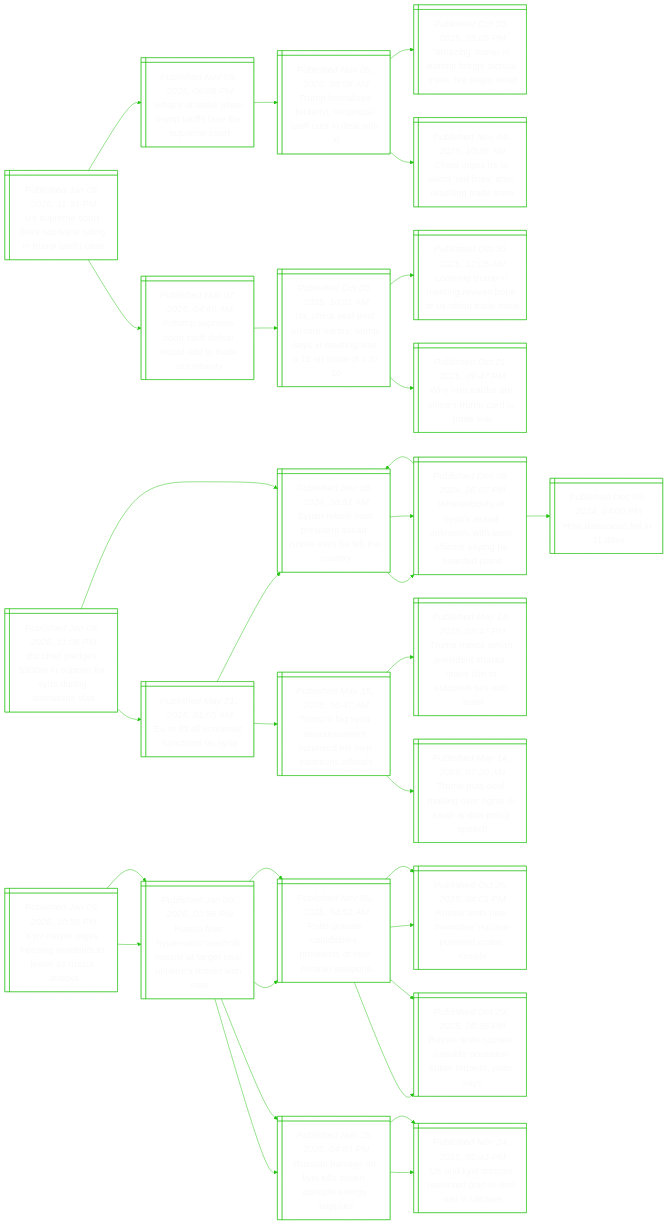
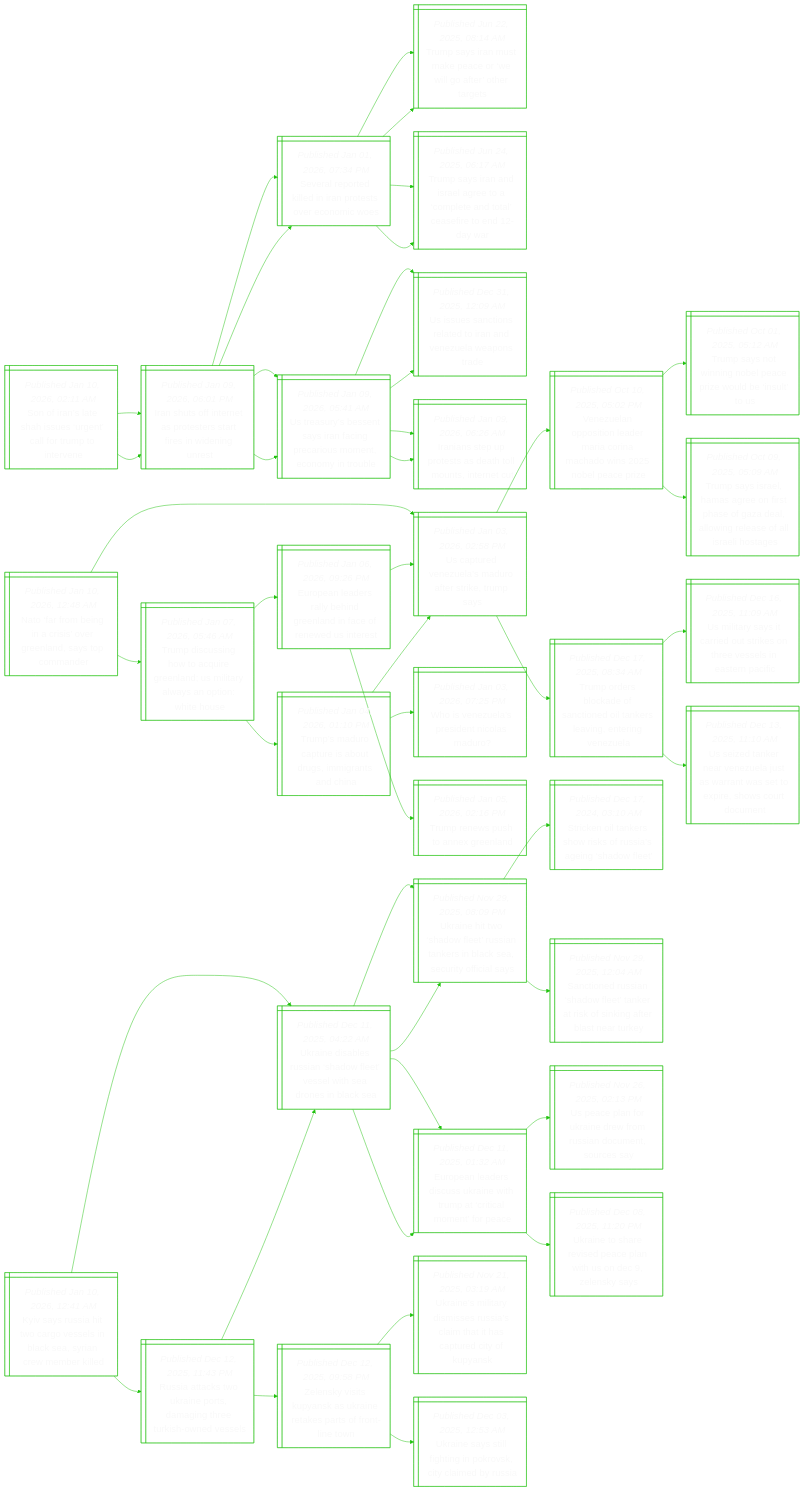
One commit to notJmes/notJmes changed the diagram in README.md. Above: the diagram before and after it, drawn with Mermaid. The commit also changed other lines of this file, not shown here.

````diff
--- a/README.md
+++ b/README.md
@@ -16,106 +16,142 @@
 flowchart LR
 classDef txtsize font-size:20px;
 
-Urootenras@{ shape: win-pane, label: "_Published Jan 09, 2026, 11:31 PM_
-Us supreme court does not issue ruling in trump tariffs case" }
-WaknpfcSmr@{ shape: win-pane, label: "_Published Nov 05, 2025, 06:08 PM_
-What’s at stake when trump tariffs face the supreme court" }
-Tflfnccrudi@{ shape: win-pane, label: "_Published Nov 05, 2025, 08:08 AM_
-Trump formalises fentanyl, reciprocal tariff cuts in deal with xi" }
-Anmubsirooe@{ shape: win-pane, label: "_Published Oct 30, 2025, 05:05 PM_
-‘amazing’ trump-xi summit brings tactical truce, not major reset" }
-CuUveeectt@{ shape: win-pane, label: "_Published Nov 04, 2025, 10:36 AM_
-China urges us to avoid ‘red lines’ after reaching trade truce" }
-Apeurewatuty@{ shape: win-pane, label: "_Published Nov 07, 2025, 04:40 AM_
-A trump supreme court tariff defeat would add to trade uncertainty" }
-Unloehmsewne@{ shape: win-pane, label: "_Published Oct 30, 2025, 10:01 AM_
-Us, china seal deal on rare earths; trump says xi meeting was a 12 on scale of 1 to 10" }
-LnmegvpSaee@{ shape: win-pane, label: "_Published Oct 30, 2025, 12:05 AM_
-Looming trump-xi meeting revives hope of us-china trade truce" }
-Wrteamdar@{ shape: win-pane, label: "_Published Oct 21, 2025, 09:47 PM_
-Why rare earths are china’s trump card in trade war" }
+SIlhsrcomne@{ shape: win-pane, label: "_Published Jan 10, 2026, 02:11 AM_
+Son of iran’s late shah issues ‘urgent’ call for trump to intervene" }
+Ihfeatrreine@{ shape: win-pane, label: "_Published Jan 09, 2026, 06:01 PM_
+Iran shuts off internet as protesters start fires in widening unrest" }
+Saokdatocis@{ shape: win-pane, label: "_Published Jan 01, 2026, 07:34 PM_
+Several reported killed in iran protests over economic woes" }
+Tsrseeworre@{ shape: win-pane, label: "_Published Jun 22, 2025, 08:14 AM_
+Trump says iran must make peace or ‘we will go after’ other targets" }
+Tsrdeecedletdr@{ shape: win-pane, label: "_Published Jun 24, 2025, 06:17 AM_
+Trump says iran and israel agree to a ‘complete and total’ ceasefire to end 12-day war" }
+Uaseynncueoiu@{ shape: win-pane, label: "_Published Jan 09, 2026, 05:41 AM_
+Us treasury’s bessent says iran facing precarious moment, economy in trouble" }
+Uunnaoanlpr@{ shape: win-pane, label: "_Published Dec 31, 2025, 12:09 AM_
+Us issues sanctions related to iran and venezuela weapons trade" }
+Iaerteoune@{ shape: win-pane, label: "_Published Jan 09, 2026, 06:26 AM_
+Iranians step up protests as death toll mounts, internet cut" }
+Ihfeatrreine@{ shape: win-pane, label: "_Published Jan 09, 2026, 06:01 PM_
+Iran shuts off internet as protesters start fires in widening unrest" }
+Saokdatocis@{ shape: win-pane, label: "_Published Jan 01, 2026, 07:34 PM_
+Several reported killed in iran protests over economic woes" }
+Tsrseeworre@{ shape: win-pane, label: "_Published Jun 22, 2025, 08:14 AM_
+Trump says iran must make peace or ‘we will go after’ other targets" }
+Tsrdeecedletdr@{ shape: win-pane, label: "_Published Jun 24, 2025, 06:17 AM_
+Trump says iran and israel agree to a ‘complete and total’ ceasefire to end 12-day war" }
+Uaseynncueoiu@{ shape: win-pane, label: "_Published Jan 09, 2026, 05:41 AM_
+Us treasury’s bessent says iran facing precarious moment, economy in trouble" }
+Uunnaoanlpr@{ shape: win-pane, label: "_Published Dec 31, 2025, 12:09 AM_
+Us issues sanctions related to iran and venezuela weapons trade" }
+Iaerteoune@{ shape: win-pane, label: "_Published Jan 09, 2026, 06:26 AM_
+Iranians step up protests as death toll mounts, internet cut" }
 
-Urootenras:::txtsize --> WaknpfcSmr:::txtsize
-WaknpfcSmr:::txtsize --> Tflfnccrudi:::txtsize
-Tflfnccrudi:::txtsize --> Anmubsirooe:::txtsize
-Tflfnccrudi:::txtsize --> CuUveeectt:::txtsize
-Urootenras:::txtsize --> Apeurewatuty:::txtsize
-Apeurewatuty:::txtsize --> Unloehmsewne:::txtsize
-Unloehmsewne:::txtsize --> LnmegvpSaee:::txtsize
-Unloehmsewne:::txtsize --> Wrteamdar:::txtsize
+SIlhsrcomne:::txtsize --> Ihfeatrreine:::txtsize
+Ihfeatrreine:::txtsize --> Saokdatocis:::txtsize
+Saokdatocis:::txtsize --> Tsrseeworre:::txtsize
+Saokdatocis:::txtsize --> Tsrdeecedletdr:::txtsize
+Ihfeatrreine:::txtsize --> Uaseynncueoiu:::txtsize
+Uaseynncueoiu:::txtsize --> Uunnaoanlpr:::txtsize
+Uaseynncueoiu:::txtsize --> Iaerteoune:::txtsize
+SIlhsrcomne:::txtsize --> Ihfeatrreine:::txtsize
+Ihfeatrreine:::txtsize --> Saokdatocis:::txtsize
+Saokdatocis:::txtsize --> Tsrseeworre:::txtsize
+Saokdatocis:::txtsize --> Tsrdeecedletdr:::txtsize
+Ihfeatrreine:::txtsize --> Uaseynncueoiu:::txtsize
+Uaseynncueoiu:::txtsize --> Uunnaoanlpr:::txtsize
+Uaseynncueoiu:::txtsize --> Iaerteoune:::txtsize
 
-Eedipoiimst@{ shape: win-pane, label: "_Published Jan 09, 2026, 11:06 PM_
-Eu chief pledges $930m in support for syria during damascus visit" }
-EiloaoS@{ shape: win-pane, label: "_Published May 21, 2025, 01:05 AM_
-Eu to lift all economic sanctions on syria" }
-SnltiARahtoy@{ shape: win-pane, label: "_Published Dec 08, 2024, 08:51 AM_
-Syrian rebels oust president assad; russia says he left the country" }
-Wasrsnnafriben@{ shape: win-pane, label: "_Published Dec 08, 2024, 06:07 PM_
-Whereabouts of syria's assad unknown, with army officers saying he boarded plane" }
-Tsynctrhntoi@{ shape: win-pane, label: "_Published May 15, 2025, 05:47 AM_
-Trump’s big syria announcement surprised his own sanctions officials" }
-TmSniSasobtir@{ shape: win-pane, label: "_Published May 14, 2025, 03:47 PM_
-Trump meets syrian president sharaa, urges him to establish ties with israel" }
-Tpekvgniiie@{ shape: win-pane, label: "_Published May 14, 2025, 07:20 AM_
-Trump puts deal-making over rights in saudi arabia policy speech" }
-SnltiARahtoy@{ shape: win-pane, label: "_Published Dec 08, 2024, 08:51 AM_
-Syrian rebels oust president assad; russia says he left the country" }
-Wasrsnnafriben@{ shape: win-pane, label: "_Published Dec 08, 2024, 06:07 PM_
-Whereabouts of syria's assad unknown, with army officers saying he boarded plane" }
-SnltiARahtoy@{ shape: win-pane, label: "_Published Dec 08, 2024, 08:51 AM_
-Syrian rebels oust president assad; russia says he left the country" }
-Hmsis@{ shape: win-pane, label: "_Published Dec 08, 2024, 04:00 PM_
-How damascus fell in 11 days" }
+Namgroraycn@{ shape: win-pane, label: "_Published Jan 10, 2026, 12:48 AM_
+Nato ‘far from being in a crisis’ over greenland, says top commander" }
+TdsharedlyypWH@{ shape: win-pane, label: "_Published Jan 07, 2026, 05:46 AM_
+Trump discussing how to acquire greenland; us military always an option: white house" }
+Tsrtstsgsh@{ shape: win-pane, label: "_Published Jan 04, 2026, 01:10 PM_
+Trump’s maduro capture is about drugs, immigrants and china" }
+UtVuMorkms@{ shape: win-pane, label: "_Published Jan 03, 2026, 02:58 PM_
+Us captured venezuela’s maduro after strike, trump says" }
+WVuPdisr@{ shape: win-pane, label: "_Published Jan 03, 2026, 07:25 PM_
+Who is venezuela’s president nicolas maduro?" }
+EearbdnienUe@{ shape: win-pane, label: "_Published Jan 06, 2026, 09:26 PM_
+European leaders rally behind greenland in face of renewed us interest" }
+Trsteed@{ shape: win-pane, label: "_Published Jan 05, 2026, 02:16 PM_
+Trump renews push to annex greenland" }
+UtVuMorkms@{ shape: win-pane, label: "_Published Jan 03, 2026, 02:58 PM_
+Us captured venezuela’s maduro after strike, trump says" }
+UtVuMorkms@{ shape: win-pane, label: "_Published Jan 03, 2026, 02:58 PM_
+Us captured venezuela’s maduro after strike, trump says" }
+Vuoilranhibai@{ shape: win-pane, label: "_Published Oct 10, 2025, 05:02 PM_
+Venezuelan opposition leader maria corina machado wins 2025 nobel peace prize" }
+TsonoeroelS@{ shape: win-pane, label: "_Published Oct 01, 2025, 05:12 AM_
+Trump says not winning nobel peace prize would be ‘insult’ to us" }
+TssHaossaaorslaoe@{ shape: win-pane, label: "_Published Oct 09, 2025, 05:09 AM_
+Trump says israel, hamas agree on first phase of gaza deal, allowing release of all israeli hostages" }
+Toskftdasitgz@{ shape: win-pane, label: "_Published Dec 17, 2025, 08:34 AM_
+Trump orders blockade of sanctioned oil tankers leaving, entering venezuela" }
+Uistitktvlanf@{ shape: win-pane, label: "_Published Dec 16, 2025, 11:09 AM_
+Us military says it carried out strikes on three vessels in eastern pacific" }
+Uznenltrwtphoon@{ shape: win-pane, label: "_Published Dec 13, 2025, 11:10 AM_
+Us seized tanker near venezuela just as warrant was set to expire, shows court document" }
 
-Eedipoiimst:::txtsize --> EiloaoS:::txtsize
-EiloaoS:::txtsize --> SnltiARahtoy:::txtsize
-SnltiARahtoy:::txtsize --> Wasrsnnafriben:::txtsize
-EiloaoS:::txtsize --> Tsynctrhntoi:::txtsize
-Tsynctrhntoi:::txtsize --> TmSniSasobtir:::txtsize
-Tsynctrhntoi:::txtsize --> Tpekvgniiie:::txtsize
-Eedipoiimst:::txtsize --> SnltiARahtoy:::txtsize
-SnltiARahtoy:::txtsize --> Wasrsnnafriben:::txtsize
-Wasrsnnafriben:::txtsize --> SnltiARahtoy:::txtsize
-Wasrsnnafriben:::txtsize --> Hmsis:::txtsize
+Namgroraycn:::txtsize --> TdsharedlyypWH:::txtsize
+TdsharedlyypWH:::txtsize --> Tsrtstsgsh:::txtsize
+Tsrtstsgsh:::txtsize --> UtVuMorkms:::txtsize
+Tsrtstsgsh:::txtsize --> WVuPdisr:::txtsize
+TdsharedlyypWH:::txtsize --> EearbdnienUe:::txtsize
+EearbdnienUe:::txtsize --> Trsteed:::txtsize
+EearbdnienUe:::txtsize --> UtVuMorkms:::txtsize
+Namgroraycn:::txtsize --> UtVuMorkms:::txtsize
+UtVuMorkms:::txtsize --> Vuoilranhibai:::txtsize
+Vuoilranhibai:::txtsize --> TsonoeroelS:::txtsize
+Vuoilranhibai:::txtsize --> TssHaossaaorslaoe:::txtsize
+UtVuMorkms:::txtsize --> Toskftdasitgz:::txtsize
+Toskftdasitgz:::txtsize --> Uistitktvlanf:::txtsize
+Toskftdasitgz:::txtsize --> Uznenltrwtphoon:::txtsize
 
-KarrnisaRac@{ shape: win-pane, label: "_Published Jan 09, 2026, 10:59 PM_
-Kyiv mayor urges freezing residents to leave as russia attacks" }
-Rasrchiererseh@{ shape: win-pane, label: "_Published Jan 09, 2026, 03:56 PM_
-Russia fires hypersonic oreshnik missile at target near ukraine’s border with nato" }
-Ppeatrcnswn@{ shape: win-pane, label: "_Published Nov 05, 2025, 04:52 AM_
-Putin praises capabilities, prospects of new russian weapons" }
-Rasniurruie@{ shape: win-pane, label: "_Published Oct 26, 2025, 04:01 PM_
-Russia tests new ‘invincible’ nuclear-powered cruise missile" }
-RasepPdprPs@{ shape: win-pane, label: "_Published Oct 29, 2025, 08:36 PM_
-Russia tests nuclear-capable poseidon super torpedo, putin says" }
-Rarnksdpeue@{ shape: win-pane, label: "_Published Nov 25, 2025, 04:43 PM_
-Russian barrage on kyiv kills seven, disrupts energy supplies" }
-UKisrlerr@{ shape: win-pane, label: "_Published Nov 24, 2025, 05:43 PM_
-Us and kyiv discuss reworked plan to end war in ukraine" }
-Rasrchiererseh@{ shape: win-pane, label: "_Published Jan 09, 2026, 03:56 PM_
-Russia fires hypersonic oreshnik missile at target near ukraine’s border with nato" }
-Ppeatrcnswn@{ shape: win-pane, label: "_Published Nov 05, 2025, 04:52 AM_
-Putin praises capabilities, prospects of new russian weapons" }
-Rasniurruie@{ shape: win-pane, label: "_Published Oct 26, 2025, 04:01 PM_
-Russia tests new ‘invincible’ nuclear-powered cruise missile" }
-RasepPdprPs@{ shape: win-pane, label: "_Published Oct 29, 2025, 08:36 PM_
-Russia tests nuclear-capable poseidon super torpedo, putin says" }
-Rarnksdpeue@{ shape: win-pane, label: "_Published Nov 25, 2025, 04:43 PM_
-Russian barrage on kyiv kills seven, disrupts energy supplies" }
-UKisrlerr@{ shape: win-pane, label: "_Published Nov 24, 2025, 05:43 PM_
-Us and kyiv discuss reworked plan to end war in ukraine" }
+Kasicvlleiebl@{ shape: win-pane, label: "_Published Jan 10, 2026, 12:41 AM_
+Kyiv says russia hit two cargo vessels in black sea, syrian crew member killed" }
+Racoirmgeins@{ shape: win-pane, label: "_Published Dec 12, 2025, 11:43 PM_
+Russia attacks two ukraine ports, damaging three turkish-owned vessels" }
+UnaRadesiaele@{ shape: win-pane, label: "_Published Dec 11, 2025, 04:22 AM_
+Ukraine disables russian ‘shadow fleet’ vessel with sea drones in black sea" }
+UntaluneBScyca@{ shape: win-pane, label: "_Published Nov 29, 2025, 08:09 PM_
+Ukraine hit two ‘shadow fleet’ russian tankers in black sea, security official says" }
+Eeadsaiuccmoc@{ shape: win-pane, label: "_Published Dec 11, 2025, 01:32 AM_
+European leaders discuss ukraine with trump at ‘critical moment’ for peace" }
+Zssuskekrflo@{ shape: win-pane, label: "_Published Dec 12, 2025, 09:58 PM_
+Zelensky visits kupyansk as ukraine retakes parts of front-line town" }
+UnlyiRaitsuiKn@{ shape: win-pane, label: "_Published Nov 21, 2025, 03:19 AM_
+Ukraine’s military dismisses russia’s claim that it has captured city of kupyansk" }
+Unsltnoiabs@{ shape: win-pane, label: "_Published Dec 03, 2025, 12:53 AM_
+Ukraine says still fighting in pokrovsk, city claimed by russia" }
+UnaRadesiaele@{ shape: win-pane, label: "_Published Dec 11, 2025, 04:22 AM_
+Ukraine disables russian ‘shadow fleet’ vessel with sea drones in black sea" }
+UntaluneBScyca@{ shape: win-pane, label: "_Published Nov 29, 2025, 08:09 PM_
+Ukraine hit two ‘shadow fleet’ russian tankers in black sea, security official says" }
+Skleokusnde@{ shape: win-pane, label: "_Published Dec 17, 2024, 03:10 AM_
+Stricken oil tankers show risks of russia’s ageing ‘shadow fleet’" }
+SiRadentokfler@{ shape: win-pane, label: "_Published Nov 29, 2025, 12:04 AM_
+Sanctioned russian ‘shadow fleet’ tanker at risk of sinking after blast near turkey" }
+Eeadsaiuccmoc@{ shape: win-pane, label: "_Published Dec 11, 2025, 01:32 AM_
+European leaders discuss ukraine with trump at ‘critical moment’ for peace" }
+Ucnkefunmos@{ shape: win-pane, label: "_Published Nov 26, 2025, 02:13 PM_
+Us peace plan for ukraine drew from russian document, sources say" }
+UnhedewScna@{ shape: win-pane, label: "_Published Dec 08, 2025, 11:20 PM_
+Ukraine to share revised peace plan with us on dec 9, zelensky says" }
 
-KarrnisaRac:::txtsize --> Rasrchiererseh:::txtsize
-Rasrchiererseh:::txtsize --> Ppeatrcnswn:::txtsize
-Ppeatrcnswn:::txtsize --> Rasniurruie:::txtsize
-Ppeatrcnswn:::txtsize --> RasepPdprPs:::txtsize
-Rasrchiererseh:::txtsize --> Rarnksdpeue:::txtsize
-Rarnksdpeue:::txtsize --> UKisrlerr:::txtsize
-KarrnisaRac:::txtsize --> Rasrchiererseh:::txtsize
-Rasrchiererseh:::txtsize --> Ppeatrcnswn:::txtsize
-Ppeatrcnswn:::txtsize --> Rasniurruie:::txtsize
-Ppeatrcnswn:::txtsize --> RasepPdprPs:::txtsize
-Rasrchiererseh:::txtsize --> Rarnksdpeue:::txtsize
-Rarnksdpeue:::txtsize --> UKisrlerr:::txtsize
+Kasicvlleiebl:::txtsize --> Racoirmgeins:::txtsize
+Racoirmgeins:::txtsize --> UnaRadesiaele:::txtsize
+UnaRadesiaele:::txtsize --> UntaluneBScyca:::txtsize
+UnaRadesiaele:::txtsize --> Eeadsaiuccmoc:::txtsize
+Racoirmgeins:::txtsize --> Zssuskekrflo:::txtsize
+Zssuskekrflo:::txtsize --> UnlyiRaitsuiKn:::txtsize
+Zssuskekrflo:::txtsize --> Unsltnoiabs:::txtsize
+Kasicvlleiebl:::txtsize --> UnaRadesiaele:::txtsize
+UnaRadesiaele:::txtsize --> UntaluneBScyca:::txtsize
+UntaluneBScyca:::txtsize --> Skleokusnde:::txtsize
+UntaluneBScyca:::txtsize --> SiRadentokfler:::txtsize
+UnaRadesiaele:::txtsize --> Eeadsaiuccmoc:::txtsize
+Eeadsaiuccmoc:::txtsize --> Ucnkefunmos:::txtsize
+Eeadsaiuccmoc:::txtsize --> UnhedewScna:::txtsize
 
 ```
````
